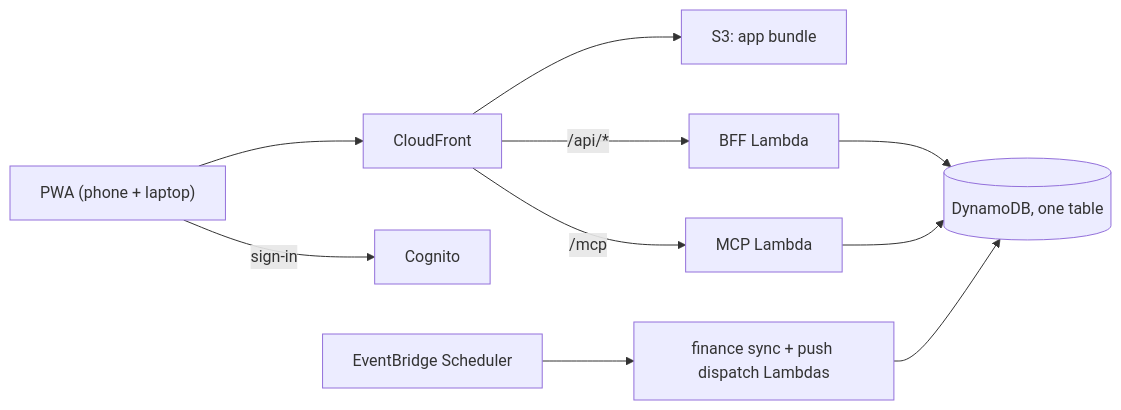
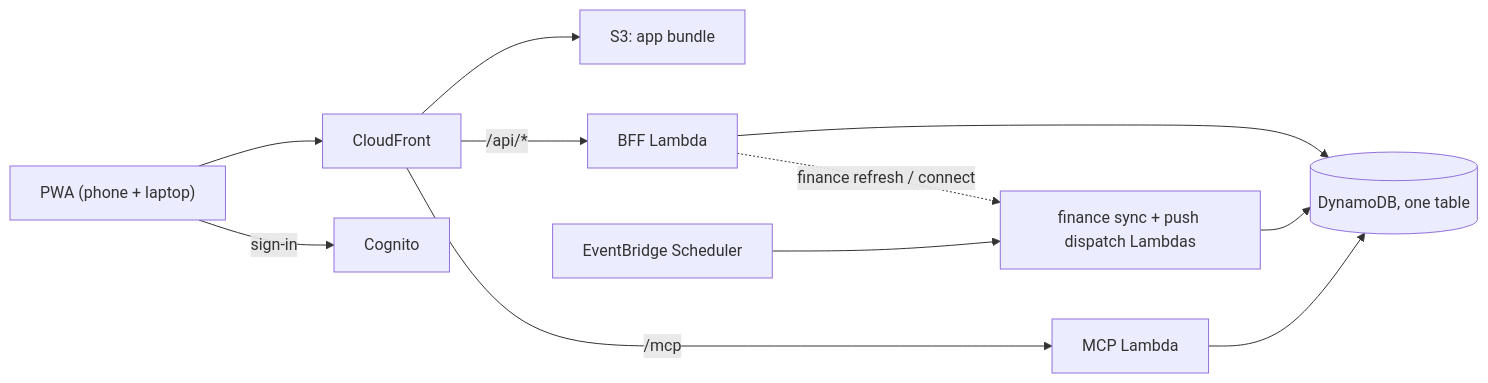
One commit to radatta/aperture changed the diagram in README.md. Above: the diagram before and after it, drawn with Mermaid. The commit also changed other lines of this file and 6 other files, not shown here.

````diff
--- a/README.md
+++ b/README.md
@@ -48,12 +48,13 @@
 ```mermaid
 flowchart LR
   PWA["PWA (phone + laptop)"] --> CF[CloudFront]
   CF --> S3["S3: app bundle"]
   CF -- "/api/*" --> BFF["BFF Lambda"]
   CF -- "/mcp" --> MCP["MCP Lambda"]
   PWA -- "sign-in" --> Cognito
   BFF --> DDB[("DynamoDB, one table")]
   MCP --> DDB
   Sched["EventBridge Scheduler"] --> Jobs["finance sync + push dispatch Lambdas"]
+  BFF -.->|"finance refresh / connect"| Jobs
   Jobs --> DDB
 ```
````
